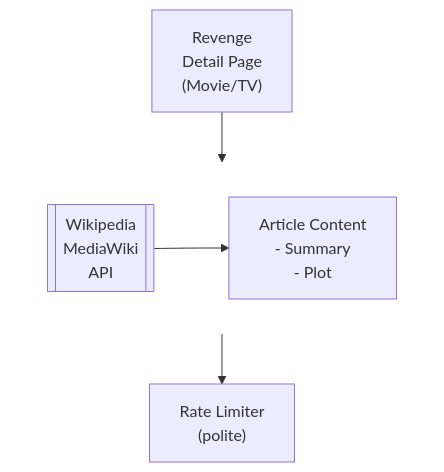
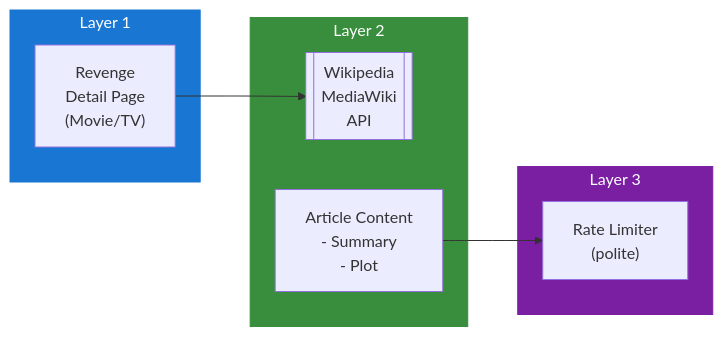
The diagram in docs/dev/design/integrations/wiki/WIKIPEDIA.md (lusoris/revenge), drawn with Mermaid before and after one commit. The commit also changed 215 other files, not shown here.

First line of the commit message:
feat(diagrams): convert all ASCII diagrams to Mermaid with LR subgraphs

````diff
--- a/docs/dev/design/integrations/wiki/WIKIPEDIA.md
+++ b/docs/dev/design/integrations/wiki/WIKIPEDIA.md
@@ -57,16 +57,24 @@
 ```mermaid
-flowchart TD
-    node1["Revenge<br/>Detail Page<br/>(Movie/TV)"]
-    subgraph row1[ ]
-        direction LR
+flowchart LR
+    subgraph Layer1["Layer 1"]
+        node1["Revenge<br/>Detail Page<br/>(Movie/TV)"]
+    end
+
+    subgraph Layer2["Layer 2"]
         node2[["Wikipedia<br/>MediaWiki<br/>API"]]
         node3["Article Content<br/>- Summary<br/>- Plot"]
     end
-    node4["Rate Limiter<br/>(polite)"]
-    node2 --> node3
+
+    subgraph Layer3["Layer 3"]
+        node4["Rate Limiter<br/>(polite)"]
+    end
+
+    %% Connections
     node1 --> node2
     node3 --> node4
 
-    %% Hide row subgraph borders
-    style row1 fill:transparent,stroke:transparent
+    %% Styling
+    style Layer1 fill:#1976D2,stroke:#1976D2,color:#fff
+    style Layer2 fill:#388E3C,stroke:#388E3C,color:#fff
+    style Layer3 fill:#7B1FA2,stroke:#7B1FA2,color:#fff
 ```
````
